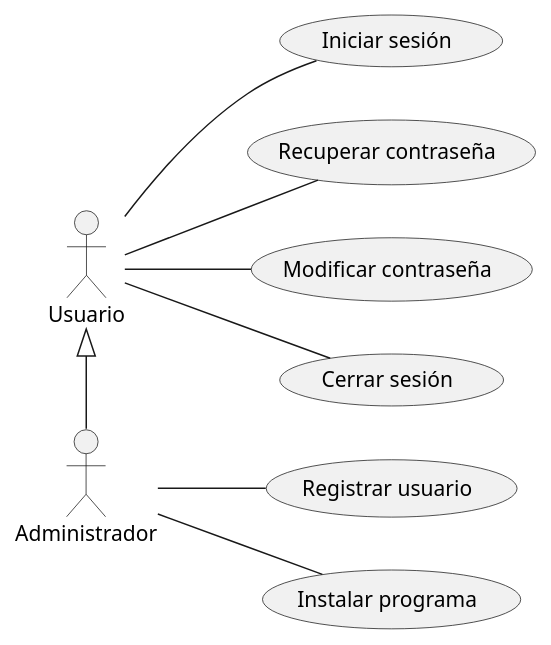
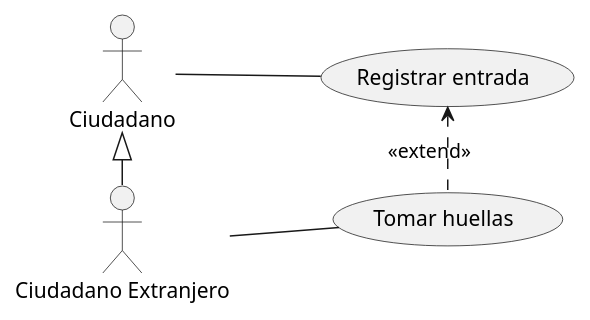
One commit to tatianagarijo/UMLClasesUsoTatianaGarijo changed the diagram in src/ClasesUso.puml. Above: the diagram before and after it, drawn with PlantUML. The commit also changed 3 other files, not shown here.

```diff
--- a/src/ClasesUso.puml
+++ b/src/ClasesUso.puml
@@ -2,19 +2,11 @@
 @startuml
 left to right direction
-:Usuario: as usu
-:Administrador: as admin
-usecase (Iniciar sesión) as UC1
-usecase (Recuperar contraseña) as UC2
-usecase (Modificar contraseña) as UC3
-usecase (Cerrar sesión) as UC4
-usecase (Registrar usuario) as UC5
-usecase (Instalar programa) as UC6
-
-usu <|- admin
-usu -- UC1
-usu -- UC2
-usu -- UC3
-usu -- UC4
-admin -- UC5
-admin -- UC6
+:Ciudadano: as ciu
+:Ciudadano Extranjero: as ext
+usecase (Registrar entrada) as UC1
+usecase (Tomar huellas) as UC2
+ciu <|- ext
+ciu -- UC1
+UC2 .left.> UC1: <<extend>>
+ext -- UC2
 @enduml
```
